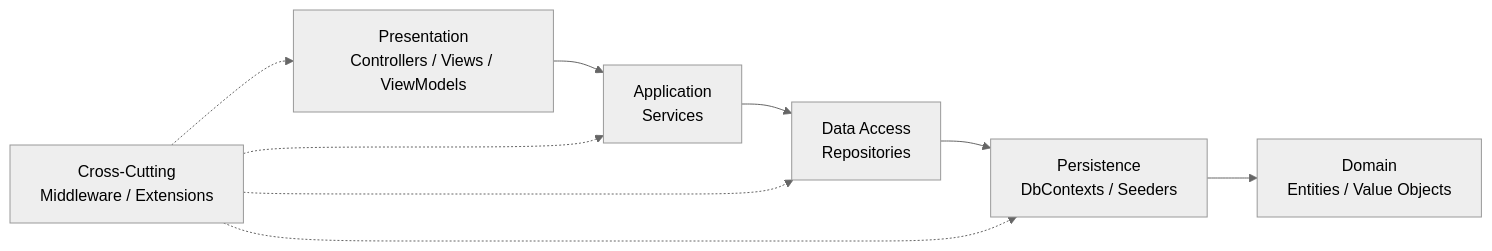
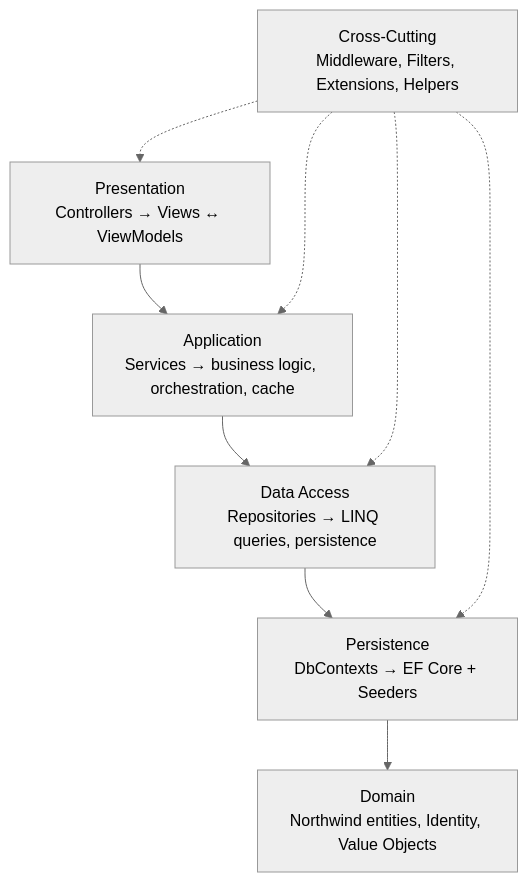
The diagram in README.md (jeffersonmejia/north-taks1-p3), drawn with Mermaid (neutral theme) before and after one commit.

Commit message:
docs: enrich package diagram with layer responsibilities

````diff
--- a/README.md
+++ b/README.md
@@ -45,15 +45,15 @@
 ```mermaid
-flowchart LR
-  P["Presentation<br/>Controllers / Views / ViewModels"]
-  App["Application<br/>Services"]
-  DAL["Data Access<br/>Repositories"]
-  Per["Persistence<br/>DbContexts / Seeders"]
-  Dom["Domain<br/>Entities / Value Objects"]
-  XCut["Cross-Cutting<br/>Middleware / Extensions"]
+flowchart TB
+  P["Presentation<br/>Controllers → Views ↔ ViewModels"]
+  App["Application<br/>Services → business logic, orchestration, cache"]
+  DAL["Data Access<br/>Repositories → LINQ queries, persistence"]
+  Per["Persistence<br/>DbContexts → EF Core + Seeders"]
+  Dom["Domain<br/>Northwind entities, Identity, Value Objects"]
+  XCut["Cross-Cutting<br/>Middleware, Filters, Extensions, Helpers"]
 
   P --> App --> DAL --> Per --> Dom
   XCut -.-> P
   XCut -.-> App
   XCut -.-> DAL
   XCut -.-> Per
 ```
````
